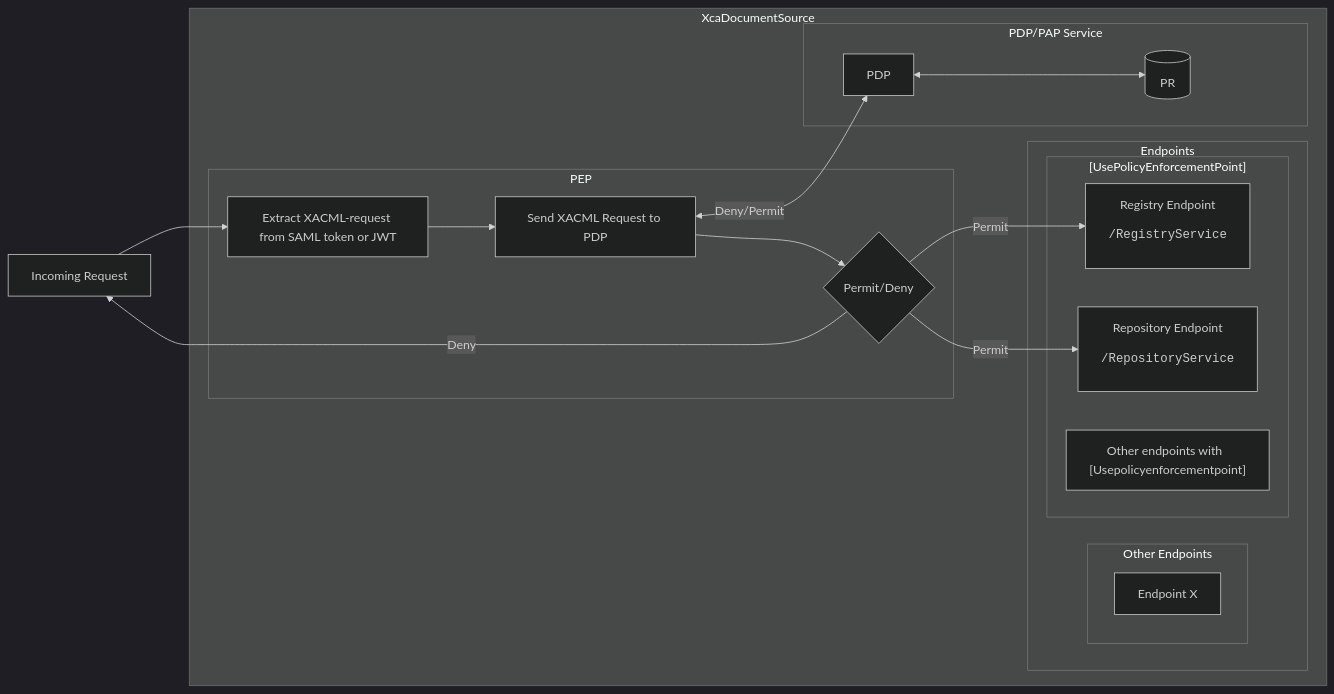
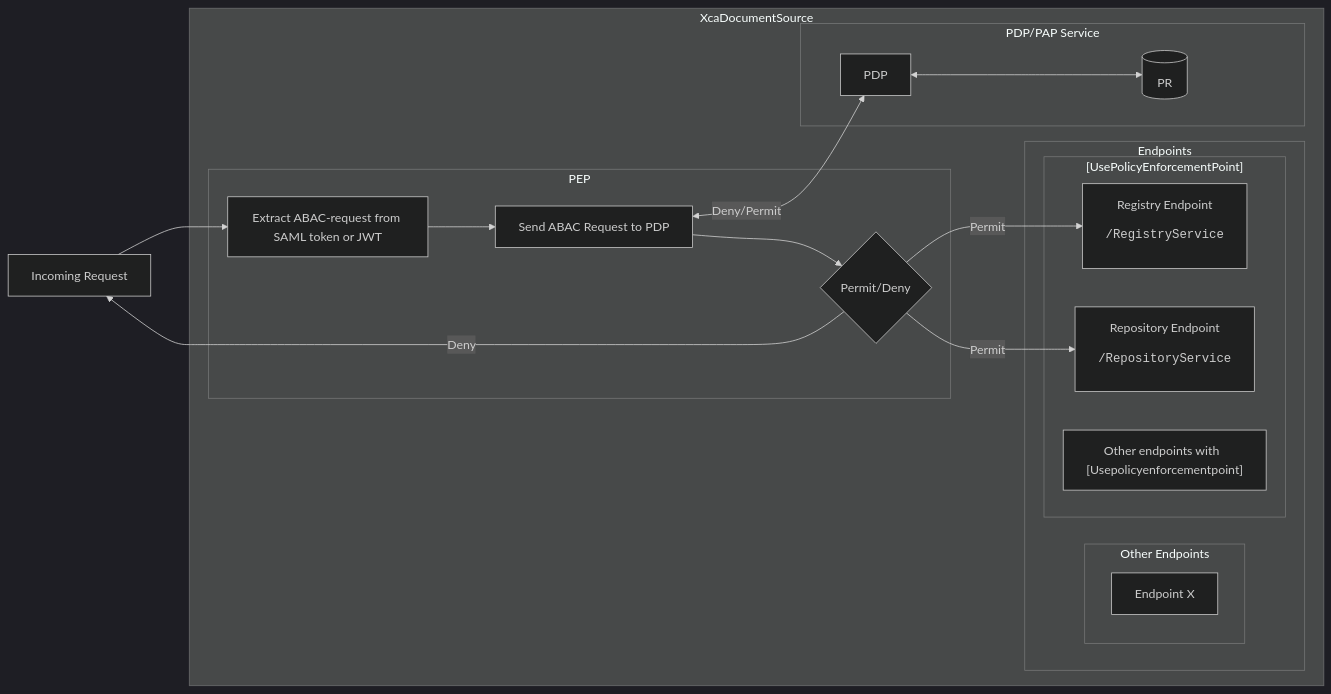
One commit to timmo-nhn/XcaDocumentSource changed the third of 3 diagrams in Docs/AccessControl.md. Above: the diagram before and after it, drawn with Mermaid. The commit also changed other lines of this file, not shown here.

````diff
--- a/Docs/AccessControl.md
+++ b/Docs/AccessControl.md
@@ -83,41 +80,41 @@
 ```mermaid
 %%{init: {'theme':'dark'}}%%
 
 flowchart LR
 
 incomingrequest[Incoming Request]
 
 subgraph "XcaDocumentSource"
     subgraph "PEP"
-        xtract[Extract XACML-request from SAML token or JWT]
-        sendpeprequest[Send XACML Request to PDP]
+        xtract[Extract ABAC-request from SAML token or JWT]
+        sendpeprequest[Send ABAC Request to PDP]
         permitdeny{Permit/Deny}
     end
     subgraph "Endpoints"
         subgraph "Other Endpoints"
             epx[Endpoint X]
         end
         subgraph "[UsePolicyEnforcementPoint]"
             regep[Registry Endpoint<br><pre>/RegistryService]
             repep[Repository Endpoint<br><pre>/RepositoryService]
             othr["Other endpoints with  [Usepolicyenforcementpoint]"]
         end
     end
     subgraph "PDP/PAP Service"
         pdp[PDP] 
         pr[(&emsp;PR&emsp;)]
     end
 
 end
 
 incomingrequest--> xtract -->
 
 sendpeprequest <--Deny/Permit--> pdp
 
 pdp <--> pr
 
 sendpeprequest-->permitdeny
 permitdeny --Deny--> incomingrequest
 permitdeny --Permit-->regep
 permitdeny --Permit-->repep
 ```
````
